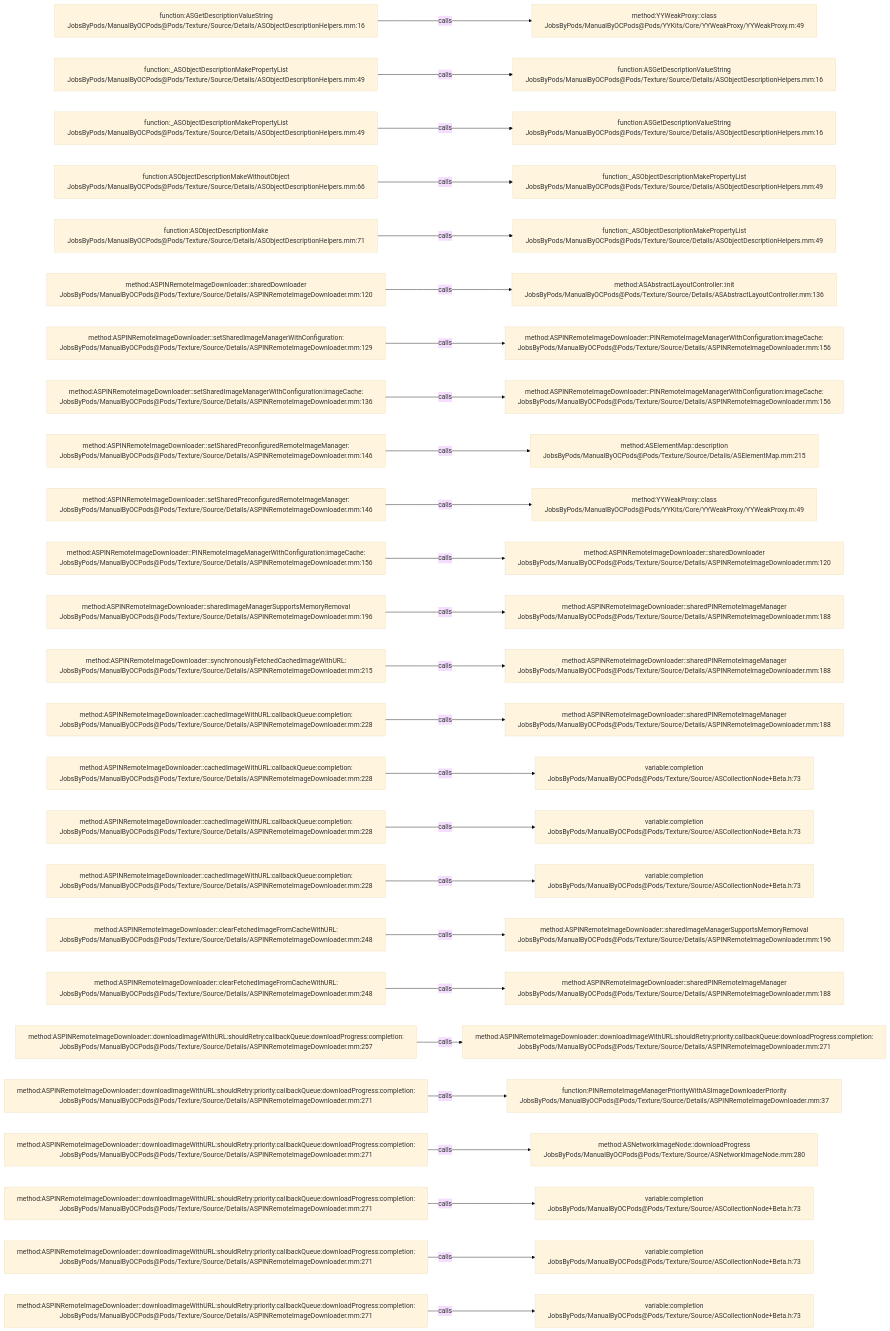
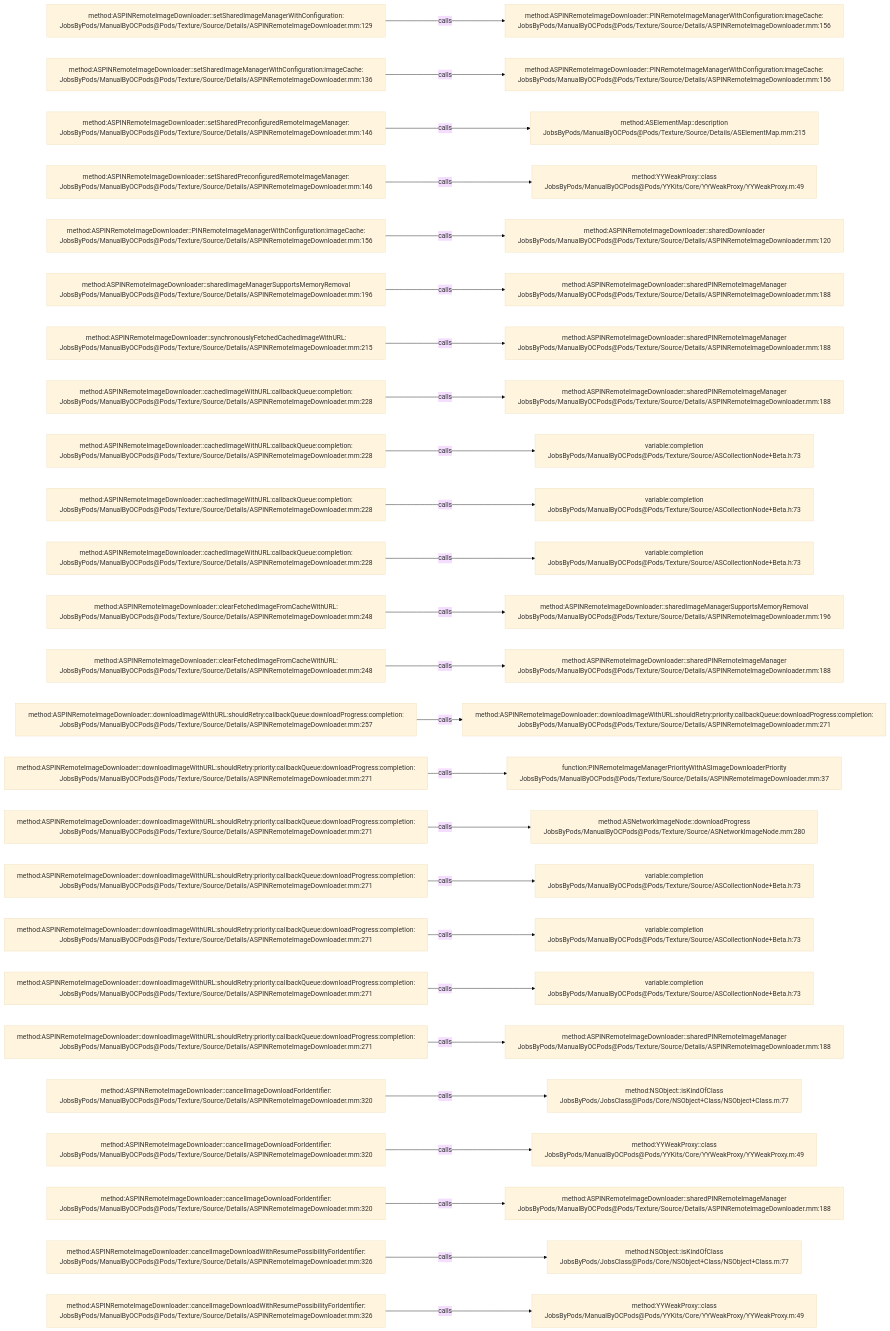
One commit to JobsKits/JobsOCBaseConfigDemo changed the diagram in .codegraph/codegraph.md/graphs/calls-153.md. Above: the diagram before and after it, drawn with Mermaid (base theme). The commit also changed 666 other files, not shown here.

````diff
--- a/.codegraph/codegraph.md/graphs/calls-153.md
+++ b/.codegraph/codegraph.md/graphs/calls-153.md
@@ -13,78 +13,78 @@
 ```mermaid
 flowchart LR
-  S1["function:ASGetDescriptionValueString<br/>JobsByPods/ManualByOCPods@Pods/Texture/Source/Details/ASObjectDescriptionHelpers.mm:16"]
-  T1["method:YYWeakProxy::class<br/>JobsByPods/ManualByOCPods@Pods/YYKits/Core/YYWeakProxy/YYWeakProxy.m:49"]
+  S1["method:ASPINRemoteImageDownloader::setSharedImageManagerWithConfiguration:<br/>JobsByPods/ManualByOCPods@Pods/Texture/Source/Details/ASPINRemoteImageDownloader.mm:129"]
+  T1["method:ASPINRemoteImageDownloader::PINRemoteImageManagerWithConfiguration:imageCache:<br/>JobsByPods/ManualByOCPods@Pods/Texture/Source/Details/ASPINRemoteImageDownloader.mm:156"]
   S1 -->|calls| T1
-  S2["function:_ASObjectDescriptionMakePropertyList<br/>JobsByPods/ManualByOCPods@Pods/Texture/Source/Details/ASObjectDescriptionHelpers.mm:49"]
-  T2["function:ASGetDescriptionValueString<br/>JobsByPods/ManualByOCPods@Pods/Texture/Source/Details/ASObjectDescriptionHelpers.mm:16"]
+  S2["method:ASPINRemoteImageDownloader::setSharedImageManagerWithConfiguration:imageCache:<br/>JobsByPods/ManualByOCPods@Pods/Texture/Source/Details/ASPINRemoteImageDownloader.mm:136"]
+  T2["method:ASPINRemoteImageDownloader::PINRemoteImageManagerWithConfiguration:imageCache:<br/>JobsByPods/ManualByOCPods@Pods/Texture/Source/Details/ASPINRemoteImageDownloader.mm:156"]
   S2 -->|calls| T2
-  S3["function:_ASObjectDescriptionMakePropertyList<br/>JobsByPods/ManualByOCPods@Pods/Texture/Source/Details/ASObjectDescriptionHelpers.mm:49"]
-  T3["function:ASGetDescriptionValueString<br/>JobsByPods/ManualByOCPods@Pods/Texture/Source/Details/ASObjectDescriptionHelpers.mm:16"]
+  S3["method:ASPINRemoteImageDownloader::setSharedPreconfiguredRemoteImageManager:<br/>JobsByPods/ManualByOCPods@Pods/Texture/Source/Details/ASPINRemoteImageDownloader.mm:146"]
+  T3["method:ASElementMap::description<br/>JobsByPods/ManualByOCPods@Pods/Texture/Source/Details/ASElementMap.mm:215"]
   S3 -->|calls| T3
-  S4["function:ASObjectDescriptionMakeWithoutObject<br/>JobsByPods/ManualByOCPods@Pods/Texture/Source/Details/ASObjectDescriptionHelpers.mm:66"]
-  T4["function:_ASObjectDescriptionMakePropertyList<br/>JobsByPods/ManualByOCPods@Pods/Texture/Source/Details/ASObjectDescriptionHelpers.mm:49"]
+  S4["method:ASPINRemoteImageDownloader::setSharedPreconfiguredRemoteImageManager:<br/>JobsByPods/ManualByOCPods@Pods/Texture/Source/Details/ASPINRemoteImageDownloader.mm:146"]
+  T4["method:YYWeakProxy::class<br/>JobsByPods/ManualByOCPods@Pods/YYKits/Core/YYWeakProxy/YYWeakProxy.m:49"]
   S4 -->|calls| T4
-  S5["function:ASObjectDescriptionMake<br/>JobsByPods/ManualByOCPods@Pods/Texture/Source/Details/ASObjectDescriptionHelpers.mm:71"]
-  T5["function:_ASObjectDescriptionMakePropertyList<br/>JobsByPods/ManualByOCPods@Pods/Texture/Source/Details/ASObjectDescriptionHelpers.mm:49"]
+  S5["method:ASPINRemoteImageDownloader::PINRemoteImageManagerWithConfiguration:imageCache:<br/>JobsByPods/ManualByOCPods@Pods/Texture/Source/Details/ASPINRemoteImageDownloader.mm:156"]
+  T5["method:ASPINRemoteImageDownloader::sharedDownloader<br/>JobsByPods/ManualByOCPods@Pods/Texture/Source/Details/ASPINRemoteImageDownloader.mm:120"]
   S5 -->|calls| T5
-  S6["method:ASPINRemoteImageDownloader::sharedDownloader<br/>JobsByPods/ManualByOCPods@Pods/Texture/Source/Details/ASPINRemoteImageDownloader.mm:120"]
-  T6["method:ASAbstractLayoutController::init<br/>JobsByPods/ManualByOCPods@Pods/Texture/Source/Details/ASAbstractLayoutController.mm:136"]
+  S6["method:ASPINRemoteImageDownloader::sharedImageManagerSupportsMemoryRemoval<br/>JobsByPods/ManualByOCPods@Pods/Texture/Source/Details/ASPINRemoteImageDownloader.mm:196"]
+  T6["method:ASPINRemoteImageDownloader::sharedPINRemoteImageManager<br/>JobsByPods/ManualByOCPods@Pods/Texture/Source/Details/ASPINRemoteImageDownloader.mm:188"]
   S6 -->|calls| T6
-  S7["method:ASPINRemoteImageDownloader::setSharedImageManagerWithConfiguration:<br/>JobsByPods/ManualByOCPods@Pods/Texture/Source/Details/ASPINRemoteImageDownloader.mm:129"]
-  T7["method:ASPINRemoteImageDownloader::PINRemoteImageManagerWithConfiguration:imageCache:<br/>JobsByPods/ManualByOCPods@Pods/Texture/Source/Details/ASPINRemoteImageDownloader.mm:156"]
+  S7["method:ASPINRemoteImageDownloader::synchronouslyFetchedCachedImageWithURL:<br/>JobsByPods/ManualByOCPods@Pods/Texture/Source/Details/ASPINRemoteImageDownloader.mm:215"]
+  T7["method:ASPINRemoteImageDownloader::sharedPINRemoteImageManager<br/>JobsByPods/ManualByOCPods@Pods/Texture/Source/Details/ASPINRemoteImageDownloader.mm:188"]
   S7 -->|calls| T7
-  S8["method:ASPINRemoteImageDownloader::setSharedImageManagerWithConfiguration:imageCache:<br/>JobsByPods/ManualByOCPods@Pods/Texture/Source/Details/ASPINRemoteImageDownloader.mm:136"]
-  T8["method:ASPINRemoteImageDownloader::PINRemoteImageManagerWithConfiguration:imageCache:<br/>JobsByPods/ManualByOCPods@Pods/Texture/Source/Details/ASPINRemoteImageDownloader.mm:156"]
+  S8["method:ASPINRemoteImageDownloader::cachedImageWithURL:callbackQueue:completion:<br/>JobsByPods/ManualByOCPods@Pods/Texture/Source/Details/ASPINRemoteImageDownloader.mm:228"]
+  T8["method:ASPINRemoteImageDownloader::sharedPINRemoteImageManager<br/>JobsByPods/ManualByOCPods@Pods/Texture/Source/Details/ASPINRemoteImageDownloader.mm:188"]
   S8 -->|calls| T8
-  S9["method:ASPINRemoteImageDownloader::setSharedPreconfiguredRemoteImageManager:<br/>JobsByPods/ManualByOCPods@Pods/Texture/Source/Details/ASPINRemoteImageDownloader.mm:146"]
-  T9["method:ASElementMap::description<br/>JobsByPods/ManualByOCPods@Pods/Texture/Source/Details/ASElementMap.mm:215"]
+  S9["method:ASPINRemoteImageDownloader::cachedImageWithURL:callbackQueue:completion:<br/>JobsByPods/ManualByOCPods@Pods/Texture/Source/Details/ASPINRemoteImageDownloader.mm:228"]
+  T9["variable:completion<br/>JobsByPods/ManualByOCPods@Pods/Texture/Source/ASCollectionNode+Beta.h:73"]
   S9 -->|calls| T9
-  S10["method:ASPINRemoteImageDownloader::setSharedPreconfiguredRemoteImageManager:<br/>JobsByPods/ManualByOCPods@Pods/Texture/Source/Details/ASPINRemoteImageDownloader.mm:146"]
-  T10["method:YYWeakProxy::class<br/>JobsByPods/ManualByOCPods@Pods/YYKits/Core/YYWeakProxy/YYWeakProxy.m:49"]
+  S10["method:ASPINRemoteImageDownloader::cachedImageWithURL:callbackQueue:completion:<br/>JobsByPods/ManualByOCPods@Pods/Texture/Source/Details/ASPINRemoteImageDownloader.mm:228"]
+  T10["variable:completion<br/>JobsByPods/ManualByOCPods@Pods/Texture/Source/ASCollectionNode+Beta.h:73"]
   S10 -->|calls| T10
-  S11["method:ASPINRemoteImageDownloader::PINRemoteImageManagerWithConfiguration:imageCache:<br/>JobsByPods/ManualByOCPods@Pods/Texture/Source/Details/ASPINRemoteImageDownloader.mm:156"]
-  T11["method:ASPINRemoteImageDownloader::sharedDownloader<br/>JobsByPods/ManualByOCPods@Pods/Texture/Source/Details/ASPINRemoteImageDownloader.mm:120"]
+  S11["method:ASPINRemoteImageDownloader::cachedImageWithURL:callbackQueue:completion:<br/>JobsByPods/ManualByOCPods@Pods/Texture/Source/Details/ASPINRemoteImageDownloader.mm:228"]
+  T11["variable:completion<br/>JobsByPods/ManualByOCPods@Pods/Texture/Source/ASCollectionNode+Beta.h:73"]
   S11 -->|calls| T11
-  S12["method:ASPINRemoteImageDownloader::sharedImageManagerSupportsMemoryRemoval<br/>JobsByPods/ManualByOCPods@Pods/Texture/Source/Details/ASPINRemoteImageDownloader.mm:196"]
-  T12["method:ASPINRemoteImageDownloader::sharedPINRemoteImageManager<br/>JobsByPods/ManualByOCPods@Pods/Texture/Source/Details/ASPINRemoteImageDownloader.mm:188"]
+  S12["method:ASPINRemoteImageDownloader::clearFetchedImageFromCacheWithURL:<br/>JobsByPods/ManualByOCPods@Pods/Texture/Source/Details/ASPINRemoteImageDownloader.mm:248"]
+  T12["method:ASPINRemoteImageDownloader::sharedImageManagerSupportsMemoryRemoval<br/>JobsByPods/ManualByOCPods@Pods/Texture/Source/Details/ASPINRemoteImageDownloader.mm:196"]
   S12 -->|calls| T12
-  S13["method:ASPINRemoteImageDownloader::synchronouslyFetchedCachedImageWithURL:<br/>JobsByPods/ManualByOCPods@Pods/Texture/Source/Details/ASPINRemoteImageDownloader.mm:215"]
+  S13["method:ASPINRemoteImageDownloader::clearFetchedImageFromCacheWithURL:<br/>JobsByPods/ManualByOCPods@Pods/Texture/Source/Details/ASPINRemoteImageDownloader.mm:248"]
   T13["method:ASPINRemoteImageDownloader::sharedPINRemoteImageManager<br/>JobsByPods/ManualByOCPods@Pods/Texture/Source/Details/ASPINRemoteImageDownloader.mm:188"]
   S13 -->|calls| T13
-  S14["method:ASPINRemoteImageDownloader::cachedImageWithURL:callbackQueue:completion:<br/>JobsByPods/ManualByOCPods@Pods/Texture/Source/Details/ASPINRemoteImageDownloader.mm:228"]
-  T14["method:ASPINRemoteImageDownloader::sharedPINRemoteImageManager<br/>JobsByPods/ManualByOCPods@Pods/Texture/Source/Details/ASPINRemoteImageDownloader.mm:188"]
+  S14["method:ASPINRemoteImageDownloader::downloadImageWithURL:shouldRetry:callbackQueue:downloadProgress:completion:<br/>JobsByPods/ManualByOCPods@Pods/Texture/Source/Details/ASPINRemoteImageDownloader.mm:257"]
+  T14["method:ASPINRemoteImageDownloader::downloadImageWithURL:shouldRetry:priority:callbackQueue:downloadProgress:completion:<br/>JobsByPods/ManualByOCPods@Pods/Texture/Source/Details/ASPINRemoteImageDownloader.mm:271"]
   S14 -->|calls| T14
-  S15["method:ASPINRemoteImageDownloader::cachedImageWithURL:callbackQueue:completion:<br/>JobsByPods/ManualByOCPods@Pods/Texture/Source/Details/ASPINRemoteImageDownloader.mm:228"]
-  T15["variable:completion<br/>JobsByPods/ManualByOCPods@Pods/Texture/Source/ASCollectionNode+Beta.h:73"]
+  S15["method:ASPINRemoteImageDownloader::downloadImageWithURL:shouldRetry:priority:callbackQueue:downloadProgress:completion:<br/>JobsByPods/ManualByOCPods@Pods/Texture/Source/Details/ASPINRemoteImageDownloader.mm:271"]
+  T15["function:PINRemoteImageManagerPriorityWithASImageDownloaderPriority<br/>JobsByPods/ManualByOCPods@Pods/Texture/Source/Details/ASPINRemoteImageDownloader.mm:37"]
   S15 -->|calls| T15
-  S16["method:ASPINRemoteImageDownloader::cachedImageWithURL:callbackQueue:completion:<br/>JobsByPods/ManualByOCPods@Pods/Texture/Source/Details/ASPINRemoteImageDownloader.mm:228"]
-  T16["variable:completion<br/>JobsByPods/ManualByOCPods@Pods/Texture/Source/ASCollectionNode+Beta.h:73"]
+  S16["method:ASPINRemoteImageDownloader::downloadImageWithURL:shouldRetry:priority:callbackQueue:downloadProgress:completion:<br/>JobsByPods/ManualByOCPods@Pods/Texture/Source/Details/ASPINRemoteImageDownloader.mm:271"]
+  T16["method:ASNetworkImageNode::downloadProgress<br/>JobsByPods/ManualByOCPods@Pods/Texture/Source/ASNetworkImageNode.mm:280"]
   S16 -->|calls| T16
-  S17["method:ASPINRemoteImageDownloader::cachedImageWithURL:callbackQueue:completion:<br/>JobsByPods/ManualByOCPods@Pods/Texture/Source/Details/ASPINRemoteImageDownloader.mm:228"]
+  S17["method:ASPINRemoteImageDownloader::downloadImageWithURL:shouldRetry:priority:callbackQueue:downloadProgress:completion:<br/>JobsByPods/ManualByOCPods@Pods/Texture/Source/Details/ASPINRemoteImageDownloader.mm:271"]
   T17["variable:completion<br/>JobsByPods/ManualByOCPods@Pods/Texture/Source/ASCollectionNode+Beta.h:73"]
   S17 -->|calls| T17
-  S18["method:ASPINRemoteImageDownloader::clearFetchedImageFromCacheWithURL:<br/>JobsByPods/ManualByOCPods@Pods/Texture/Source/Details/ASPINRemoteImageDownloader.mm:248"]
-  T18["method:ASPINRemoteImageDownloader::sharedImageManagerSupportsMemoryRemoval<br/>JobsByPods/ManualByOCPods@Pods/Texture/Source/Details/ASPINRemoteImageDownloader.mm:196"]
+  S18["method:ASPINRemoteImageDownloader::downloadImageWithURL:shouldRetry:priority:callbackQueue:downloadProgress:completion:<br/>JobsByPods/ManualByOCPods@Pods/Texture/Source/Details/ASPINRemoteImageDownloader.mm:271"]
+  T18["variable:completion<br/>JobsByPods/ManualByOCPods@Pods/Texture/Source/ASCollectionNode+Beta.h:73"]
   S18 -->|calls| T18
-  S19["method:ASPINRemoteImageDownloader::clearFetchedImageFromCacheWithURL:<br/>JobsByPods/ManualByOCPods@Pods/Texture/Source/Details/ASPINRemoteImageDownloader.mm:248"]
-  T19["method:ASPINRemoteImageDownloader::sharedPINRemoteImageManager<br/>JobsByPods/ManualByOCPods@Pods/Texture/Source/Details/ASPINRemoteImageDownloader.mm:188"]
+  S19["method:ASPINRemoteImageDownloader::downloadImageWithURL:shouldRetry:priority:callbackQueue:downloadProgress:completion:<br/>JobsByPods/ManualByOCPods@Pods/Texture/Source/Details/ASPINRemoteImageDownloader.mm:271"]
+  T19["variable:completion<br/>JobsByPods/ManualByOCPods@Pods/Texture/Source/ASCollectionNode+Beta.h:73"]
   S19 -->|calls| T19
-  S20["method:ASPINRemoteImageDownloader::downloadImageWithURL:shouldRetry:callbackQueue:downloadProgress:completion:<br/>JobsByPods/ManualByOCPods@Pods/Texture/Source/Details/ASPINRemoteImageDownloader.mm:257"]
-  T20["method:ASPINRemoteImageDownloader::downloadImageWithURL:shouldRetry:priority:callbackQueue:downloadProgress:completion:<br/>JobsByPods/ManualByOCPods@Pods/Texture/Source/Details/ASPINRemoteImageDownloader.mm:271"]
+  S20["method:ASPINRemoteImageDownloader::downloadImageWithURL:shouldRetry:priority:callbackQueue:downloadProgress:completion:<br/>JobsByPods/ManualByOCPods@Pods/Texture/Source/Details/ASPINRemoteImageDownloader.mm:271"]
+  T20["method:ASPINRemoteImageDownloader::sharedPINRemoteImageManager<br/>JobsByPods/ManualByOCPods@Pods/Texture/Source/Details/ASPINRemoteImageDownloader.mm:188"]
   S20 -->|calls| T20
-  S21["method:ASPINRemoteImageDownloader::downloadImageWithURL:shouldRetry:priority:callbackQueue:downloadProgress:completion:<br/>JobsByPods/ManualByOCPods@Pods/Texture/Source/Details/ASPINRemoteImageDownloader.mm:271"]
-  T21["function:PINRemoteImageManagerPriorityWithASImageDownloaderPriority<br/>JobsByPods/ManualByOCPods@Pods/Texture/Source/Details/ASPINRemoteImageDownloader.mm:37"]
+  S21["method:ASPINRemoteImageDownloader::cancelImageDownloadForIdentifier:<br/>JobsByPods/ManualByOCPods@Pods/Texture/Source/Details/ASPINRemoteImageDownloader.mm:320"]
+  T21["method:NSObject::isKindOfClass<br/>JobsByPods/JobsClass@Pods/Core/NSObject+Class/NSObject+Class.m:77"]
   S21 -->|calls| T21
-  S22["method:ASPINRemoteImageDownloader::downloadImageWithURL:shouldRetry:priority:callbackQueue:downloadProgress:completion:<br/>JobsByPods/ManualByOCPods@Pods/Texture/Source/Details/ASPINRemoteImageDownloader.mm:271"]
-  T22["method:ASNetworkImageNode::downloadProgress<br/>JobsByPods/ManualByOCPods@Pods/Texture/Source/ASNetworkImageNode.mm:280"]
+  S22["method:ASPINRemoteImageDownloader::cancelImageDownloadForIdentifier:<br/>JobsByPods/ManualByOCPods@Pods/Texture/Source/Details/ASPINRemoteImageDownloader.mm:320"]
+  T22["method:YYWeakProxy::class<br/>JobsByPods/ManualByOCPods@Pods/YYKits/Core/YYWeakProxy/YYWeakProxy.m:49"]
   S22 -->|calls| T22
-  S23["method:ASPINRemoteImageDownloader::downloadImageWithURL:shouldRetry:priority:callbackQueue:downloadProgress:completion:<br/>JobsByPods/ManualByOCPods@Pods/Texture/Source/Details/ASPINRemoteImageDownloader.mm:271"]
-  T23["variable:completion<br/>JobsByPods/ManualByOCPods@Pods/Texture/Source/ASCollectionNode+Beta.h:73"]
+  S23["method:ASPINRemoteImageDownloader::cancelImageDownloadForIdentifier:<br/>JobsByPods/ManualByOCPods@Pods/Texture/Source/Details/ASPINRemoteImageDownloader.mm:320"]
+  T23["method:ASPINRemoteImageDownloader::sharedPINRemoteImageManager<br/>JobsByPods/ManualByOCPods@Pods/Texture/Source/Details/ASPINRemoteImageDownloader.mm:188"]
   S23 -->|calls| T23
-  S24["method:ASPINRemoteImageDownloader::downloadImageWithURL:shouldRetry:priority:callbackQueue:downloadProgress:completion:<br/>JobsByPods/ManualByOCPods@Pods/Texture/Source/Details/ASPINRemoteImageDownloader.mm:271"]
-  T24["variable:completion<br/>JobsByPods/ManualByOCPods@Pods/Texture/Source/ASCollectionNode+Beta.h:73"]
+  S24["method:ASPINRemoteImageDownloader::cancelImageDownloadWithResumePossibilityForIdentifier:<br/>JobsByPods/ManualByOCPods@Pods/Texture/Source/Details/ASPINRemoteImageDownloader.mm:326"]
+  T24["method:NSObject::isKindOfClass<br/>JobsByPods/JobsClass@Pods/Core/NSObject+Class/NSObject+Class.m:77"]
   S24 -->|calls| T24
-  S25["method:ASPINRemoteImageDownloader::downloadImageWithURL:shouldRetry:priority:callbackQueue:downloadProgress:completion:<br/>JobsByPods/ManualByOCPods@Pods/Texture/Source/Details/ASPINRemoteImageDownloader.mm:271"]
-  T25["variable:completion<br/>JobsByPods/ManualByOCPods@Pods/Texture/Source/ASCollectionNode+Beta.h:73"]
+  S25["method:ASPINRemoteImageDownloader::cancelImageDownloadWithResumePossibilityForIdentifier:<br/>JobsByPods/ManualByOCPods@Pods/Texture/Source/Details/ASPINRemoteImageDownloader.mm:326"]
+  T25["method:YYWeakProxy::class<br/>JobsByPods/ManualByOCPods@Pods/YYKits/Core/YYWeakProxy/YYWeakProxy.m:49"]
   S25 -->|calls| T25
 ```
````
